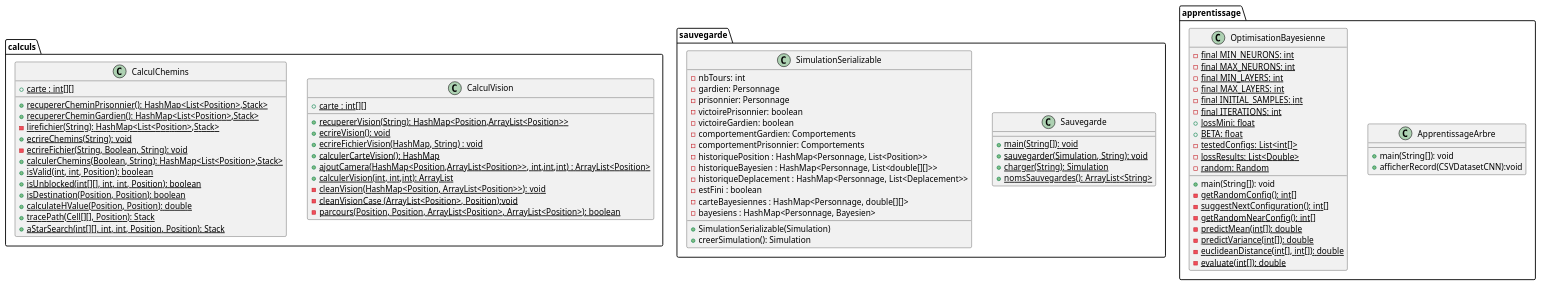
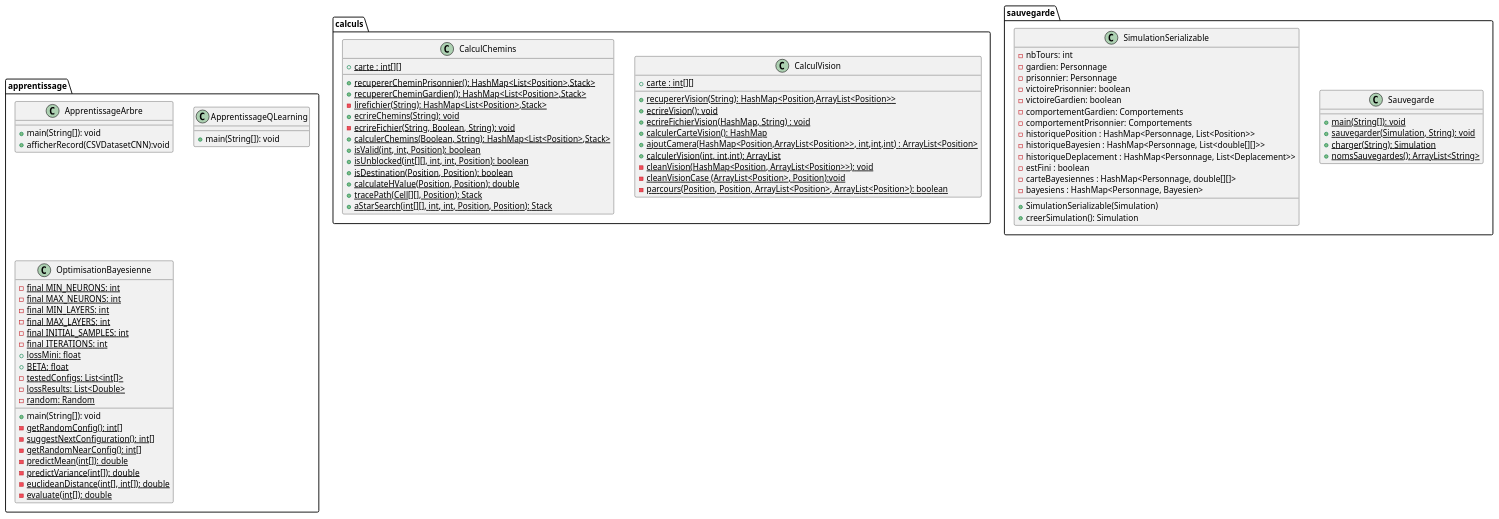
One commit to celie-ponroy/projet_tutore_amaglio_bitsindou_dechezlepretre_ponroy_RAIL2 changed the diagram in projet_tut_poursuite-evasion/code_diag_class/diagClassPart4.puml. Above: the diagram before and after it, drawn with PlantUML. The commit also changed 2 other files, not shown here.

Commit message:
ajout QLearning diag class

```diff
--- a/projet_tut_poursuite-evasion/code_diag_class/diagClassPart4.puml
+++ b/projet_tut_poursuite-evasion/code_diag_class/diagClassPart4.puml
@@ -1,85 +1,88 @@
 @startuml
 package "calculs"{
   class CalculVision{
     + {static} carte : int[][]
     + {static} recupererVision(String): HashMap<Position,ArrayList<Position>>
     + {static} ecrireVision(): void
     + {static} ecrireFichierVision(HashMap, String) : void
     + {static} calculerCarteVision(): HashMap
     + {static} ajoutCamera(HashMap<Position,ArrayList<Position>>, int,int,int) : ArrayList<Position>
     + {static} calculerVision(int, int,int): ArrayList
     - {static} cleanVision(HashMap<Position, ArrayList<Position>>): void
     - {static} cleanVisionCase (ArrayList<Position>, Position):void
     - {static} parcours(Position, Position, ArrayList<Position>, ArrayList<Position>): boolean
   }
   class CalculChemins {
     + {static} carte : int[][]
     + {static} recupererCheminPrisonnier(): HashMap<List<Position>,Stack>
     + {static} recupererCheminGardien(): HashMap<List<Position>,Stack>
     - {static} lirefichier(String): HashMap<List<Position>,Stack>
     + {static} ecrireChemins(String): void
     - {static} ecrireFichier(String, Boolean, String): void
     + {static} calculerChemins(Boolean, String): HashMap<List<Position>,Stack>
     + {static} isValid(int, int, Position): boolean
     + {static} isUnblocked(int[][], int, int, Position): boolean
     + {static} isDestination(Position, Position): boolean
     + {static} calculateHValue(Position, Position): double
     + {static} tracePath(Cell[][], Position): Stack
     + {static} aStarSearch(int[][], int, int, Position, Position): Stack
   }
 }
 
 package sauvegarde{
     class Sauvegarde{
     + {static} main(String[]): void
     + {static} sauvegarder(Simulation, String): void
     + {static} charger(String): Simulation
     + {static} nomsSauvegardes(): ArrayList<String>
     }
     class SimulationSerializable{
         - nbTours: int
         - gardien: Personnage
         - prisonnier: Personnage
         - victoirePrisonnier: boolean
         - victoireGardien: boolean
         - comportementGardien: Comportements
         - comportementPrisonnier: Comportements
         - historiquePosition : HashMap<Personnage, List<Position>>
         - historiqueBayesien : HashMap<Personnage, List<double[][]>>
         - historiqueDeplacement : HashMap<Personnage, List<Deplacement>>
         - estFini : boolean
         - carteBayesiennes : HashMap<Personnage, double[][]>
         - bayesiens : HashMap<Personnage, Bayesien>
         + SimulationSerializable(Simulation)
         + creerSimulation(): Simulation
     }
 }
 package "apprentissage"{
     class ApprentissageArbre{
         + main(String[]): void
         + afficherRecord(CSVDatasetCNN):void
     }
+    class ApprentissageQLearning{
+            + main(String[]): void
+    }
     class OptimisationBayesienne{
         - {static} final MIN_NEURONS: int
         - {static} final MAX_NEURONS: int
         - {static} final MIN_LAYERS: int
         - {static} final MAX_LAYERS: int
         - {static} final INITIAL_SAMPLES: int
         - {static} final ITERATIONS: int
         + {static} lossMini: float
         + {static} BETA: float
         - {static} testedConfigs: List<int[]>
         - {static} lossResults: List<Double>
         - {static} random: Random
         + main(String[]): void
         - {static} getRandomConfig(): int[]
         - {static} suggestNextConfiguration(): int[]
         - {static} getRandomNearConfig(): int[]
         - {static} predictMean(int[]): double
         - {static} predictVariance(int[]): double
         - {static} euclideanDistance(int[], int[]): double
         - {static} evaluate(int[]): double
     }
   }
 
 @enduml
```
